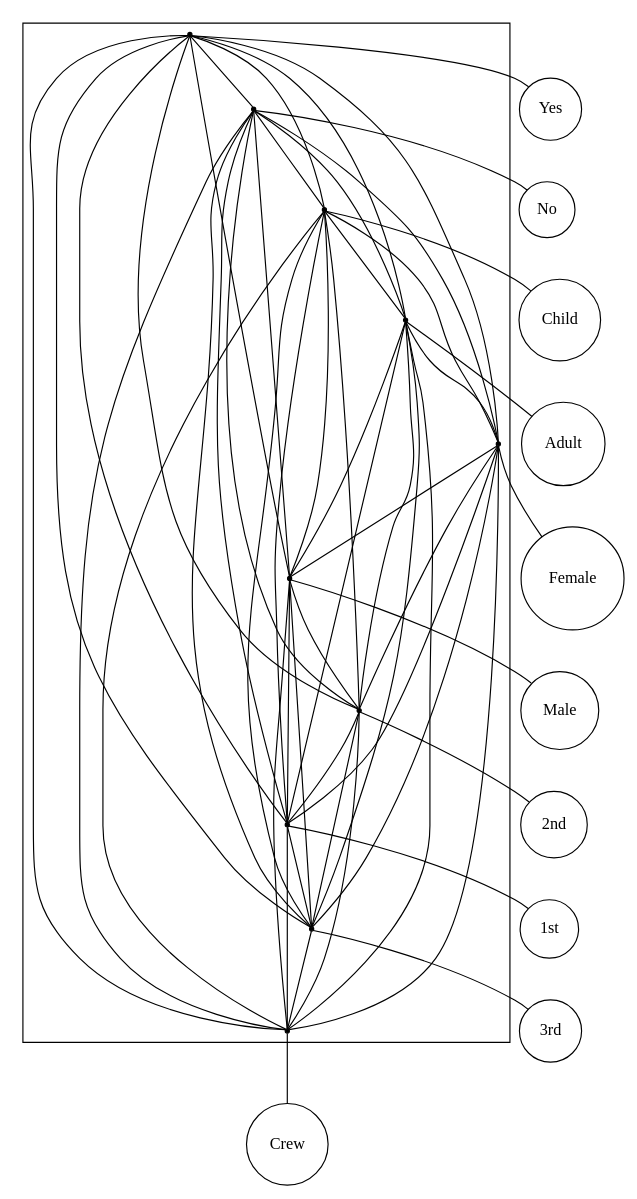
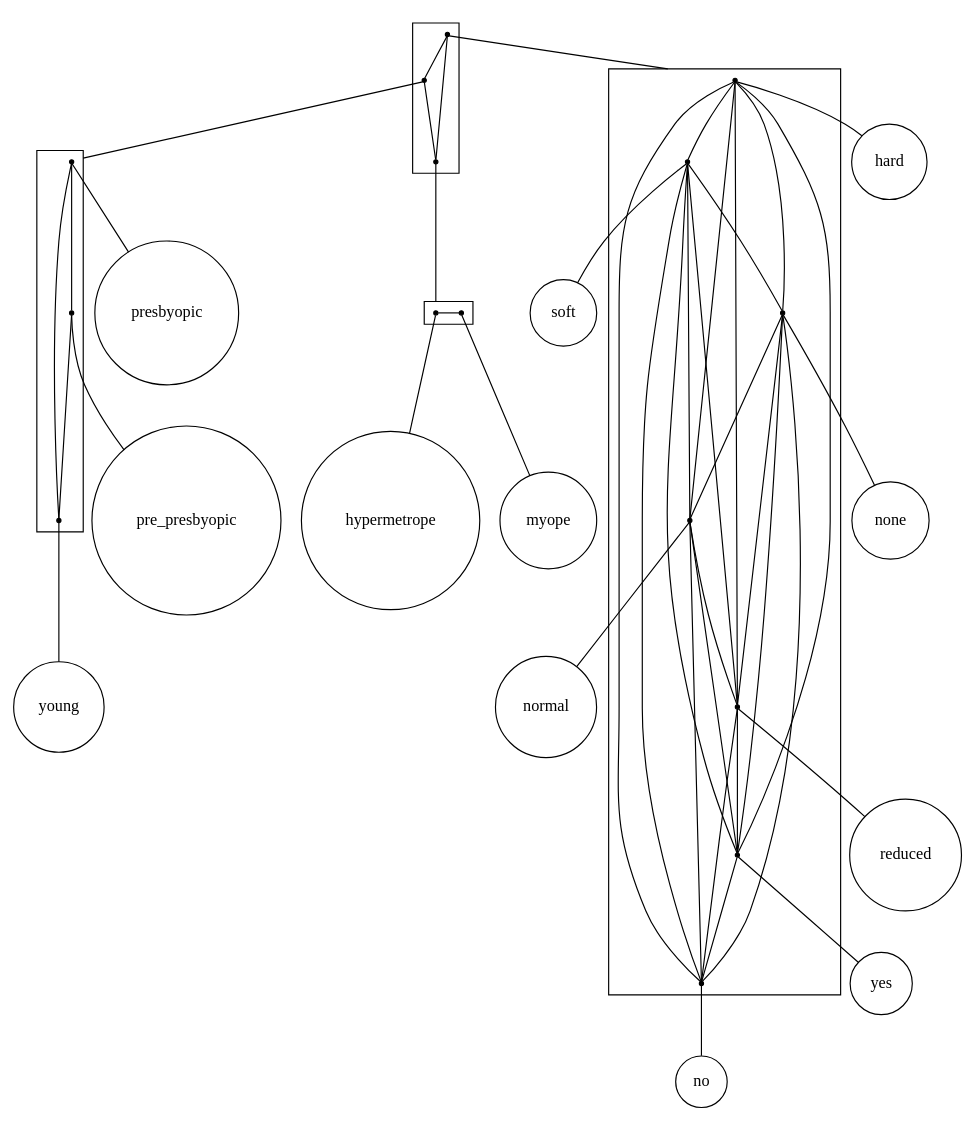
One commit to lrodrin/TFG changed the diagram in src/final/plain_2-structure.dot. Above: the diagram before and after it, drawn with Graphviz. The commit also changed 7 other files, not shown here.

```diff
--- a/src/final/plain_2-structure.dot
+++ b/src/final/plain_2-structure.dot
@@ -1,76 +1,79 @@
 strict digraph "plain_2-structure" {
 compound=true;
 fontname=Verdana;
 fontsize=12;
 newrank=true;
 node [shape=circle];
-Yes;
-No;
-Child;
-Adult;
-Female;
-Male;
-"2nd";
-"1st";
-"3rd";
-Crew;
-subgraph cluster_3rdAdult1stNoCrew2ndFemaleYesMaleChild {
+hard;
+soft;
+none;
+normal;
+reduced;
+yes;
+no;
+presbyopic;
+pre_presbyopic;
+young;
+hypermetrope;
+myope;
+subgraph cluster_nosoftmyopehypermetropenormalpre_presbyopicreducedyeshardyoungnonepresbyopic {
 node [shape=point];
-s_Yes -> s_No  [arrowhead=none, color=black];
-s_Yes -> s_Child  [arrowhead=none, color=black];
-s_Yes -> s_Adult  [arrowhead=none, color=black];
-s_Yes -> s_Female  [arrowhead=none, color=black];
-s_Yes -> s_Male  [arrowhead=none, color=black];
-s_Yes -> s_2nd  [arrowhead=none, color=black];
-s_Yes -> s_1st  [arrowhead=none, color=black];
-s_Yes -> s_3rd  [arrowhead=none, color=black];
-s_Yes -> s_Crew  [arrowhead=none, color=black];
-s_No -> s_Child  [arrowhead=none, color=black];
-s_No -> s_Adult  [arrowhead=none, color=black];
-s_No -> s_Female  [arrowhead=none, color=black];
-s_No -> s_Male  [arrowhead=none, color=black];
-s_No -> s_2nd  [arrowhead=none, color=black];
-s_No -> s_1st  [arrowhead=none, color=black];
-s_No -> s_3rd  [arrowhead=none, color=black];
-s_No -> s_Crew  [arrowhead=none, color=black];
-s_Child -> s_Adult  [arrowhead=none, color=black];
-s_Child -> s_Female  [arrowhead=none, color=black];
-s_Child -> s_Male  [arrowhead=none, color=black];
-s_Child -> s_2nd  [arrowhead=none, color=black];
-s_Child -> s_1st  [arrowhead=none, color=black];
-s_Child -> s_3rd  [arrowhead=none, color=black];
-s_Child -> s_Crew  [arrowhead=none, color=black];
-s_Adult -> s_Female  [arrowhead=none, color=black];
-s_Adult -> s_Male  [arrowhead=none, color=black];
-s_Adult -> s_2nd  [arrowhead=none, color=black];
-s_Adult -> s_1st  [arrowhead=none, color=black];
-s_Adult -> s_3rd  [arrowhead=none, color=black];
-s_Adult -> s_Crew  [arrowhead=none, color=black];
-s_Female -> s_Male  [arrowhead=none, color=black];
-s_Female -> s_2nd  [arrowhead=none, color=black];
-s_Female -> s_1st  [arrowhead=none, color=black];
-s_Female -> s_3rd  [arrowhead=none, color=black];
-s_Female -> s_Crew  [arrowhead=none, color=black];
-s_Male -> s_2nd  [arrowhead=none, color=black];
-s_Male -> s_1st  [arrowhead=none, color=black];
-s_Male -> s_3rd  [arrowhead=none, color=black];
-s_Male -> s_Crew  [arrowhead=none, color=black];
-s_2nd -> s_1st  [arrowhead=none, color=black];
-s_2nd -> s_3rd  [arrowhead=none, color=black];
-s_2nd -> s_Crew  [arrowhead=none, color=black];
-s_1st -> s_3rd  [arrowhead=none, color=black];
-s_1st -> s_Crew  [arrowhead=none, color=black];
-s_3rd -> s_Crew  [arrowhead=none, color=black];
+s_reducednoyessofthardnormalnone -> s_pre_presbyopicpresbyopicyoung  [arrowhead=none, color=black];
+s_reducednoyessofthardnormalnone -> s_hypermetropemyope  [arrowhead=none, color=black];
+s_pre_presbyopicpresbyopicyoung -> s_hypermetropemyope  [arrowhead=none, color=black];
 }
 
-s_Yes -> Yes  [arrowhead=none];
-s_No -> No  [arrowhead=none];
-s_Child -> Child  [arrowhead=none];
-s_Adult -> Adult  [arrowhead=none];
-s_Female -> Female  [arrowhead=none];
-s_Male -> Male  [arrowhead=none];
-s_2nd -> "2nd"  [arrowhead=none];
-s_1st -> "1st"  [arrowhead=none];
-s_3rd -> "3rd"  [arrowhead=none];
-s_Crew -> Crew  [arrowhead=none];
+subgraph cluster_reducednoyessofthardnormalnone {
+node [shape=point];
+s_hard -> s_soft  [arrowhead=none, color=black];
+s_hard -> s_none  [arrowhead=none, color=black];
+s_hard -> s_normal  [arrowhead=none, color=black];
+s_hard -> s_reduced  [arrowhead=none, color=black];
+s_hard -> s_yes  [arrowhead=none, color=black];
+s_hard -> s_no  [arrowhead=none, color=black];
+s_soft -> s_none  [arrowhead=none, color=black];
+s_soft -> s_normal  [arrowhead=none, color=black];
+s_soft -> s_reduced  [arrowhead=none, color=black];
+s_soft -> s_yes  [arrowhead=none, color=black];
+s_soft -> s_no  [arrowhead=none, color=black];
+s_none -> s_normal  [arrowhead=none, color=black];
+s_none -> s_reduced  [arrowhead=none, color=black];
+s_none -> s_yes  [arrowhead=none, color=black];
+s_none -> s_no  [arrowhead=none, color=black];
+s_normal -> s_reduced  [arrowhead=none, color=black];
+s_normal -> s_yes  [arrowhead=none, color=black];
+s_normal -> s_no  [arrowhead=none, color=black];
+s_reduced -> s_yes  [arrowhead=none, color=black];
+s_reduced -> s_no  [arrowhead=none, color=black];
+s_yes -> s_no  [arrowhead=none, color=black];
 }
+
+subgraph cluster_pre_presbyopicpresbyopicyoung {
+node [shape=point];
+s_presbyopic -> s_pre_presbyopic  [arrowhead=none, color=black];
+s_presbyopic -> s_young  [arrowhead=none, color=black];
+s_pre_presbyopic -> s_young  [arrowhead=none, color=black];
+}
+
+subgraph cluster_hypermetropemyope {
+rank=same;
+node [shape=point];
+s_hypermetrope -> s_myope  [arrowhead=none, color=black];
+}
+
+s_reducednoyessofthardnormalnone -> s_hard  [arrowhead=none, lhead=cluster_reducednoyessofthardnormalnone];
+s_pre_presbyopicpresbyopicyoung -> s_presbyopic  [arrowhead=none, lhead=cluster_pre_presbyopicpresbyopicyoung];
+s_hypermetropemyope -> s_hypermetrope  [arrowhead=none, lhead=cluster_hypermetropemyope];
+s_hard -> hard  [arrowhead=none];
+s_soft -> soft  [arrowhead=none];
+s_none -> none  [arrowhead=none];
+s_normal -> normal  [arrowhead=none];
+s_reduced -> reduced  [arrowhead=none];
+s_yes -> yes  [arrowhead=none];
+s_no -> no  [arrowhead=none];
+s_presbyopic -> presbyopic  [arrowhead=none];
+s_pre_presbyopic -> pre_presbyopic  [arrowhead=none];
+s_young -> young  [arrowhead=none];
+s_hypermetrope -> hypermetrope  [arrowhead=none];
+s_myope -> myope  [arrowhead=none];
+}
```
